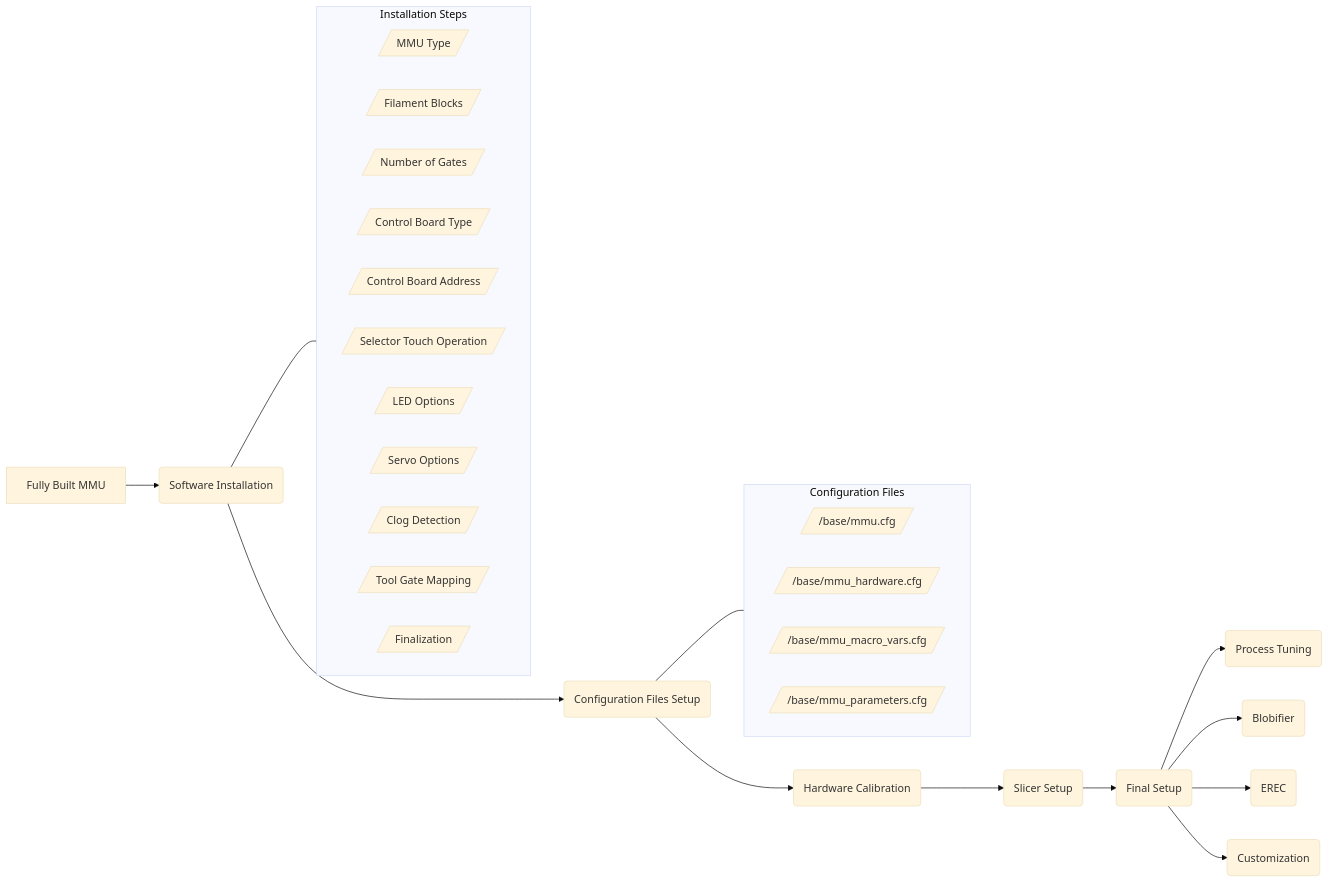
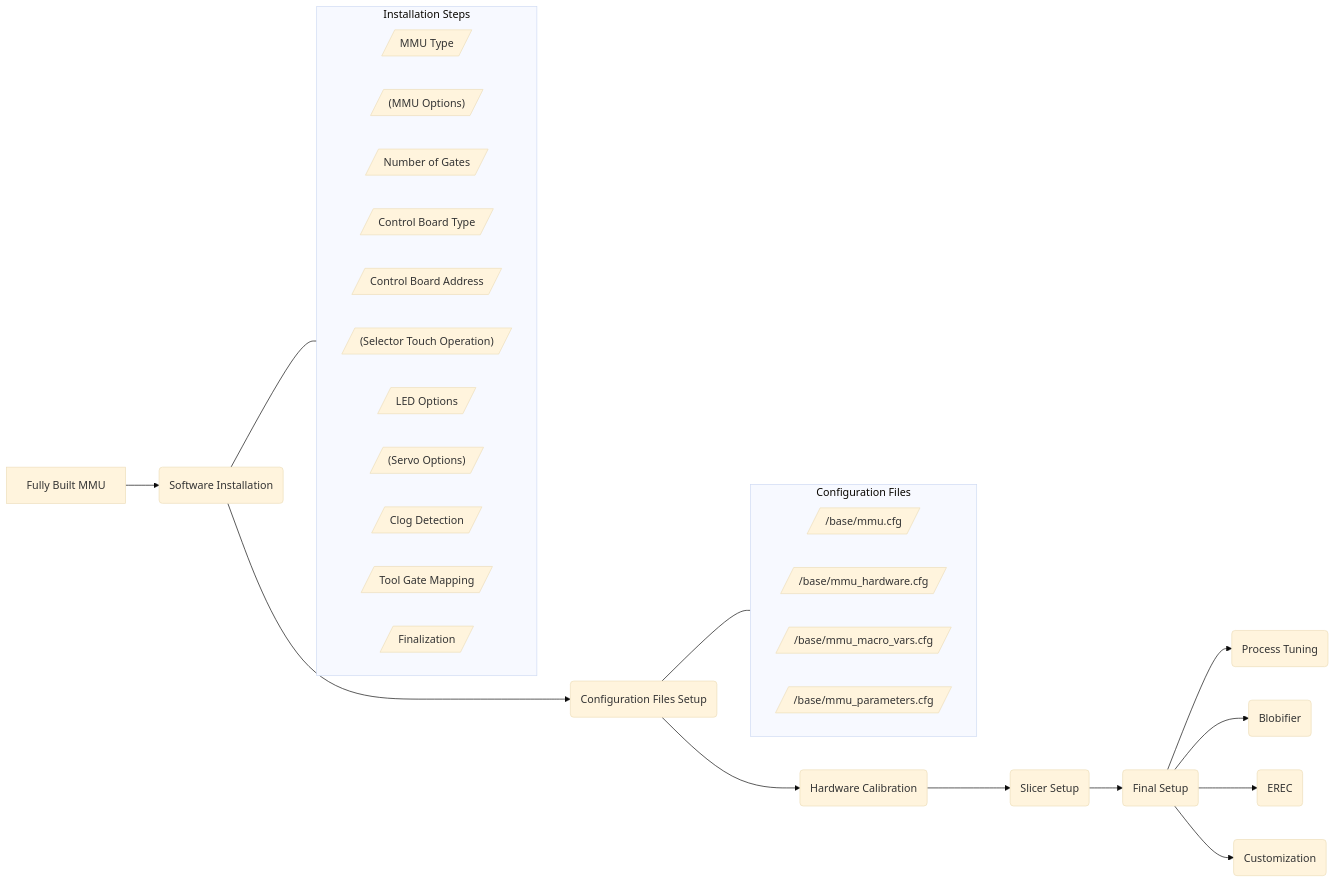
The diagram in Home.md (3DCoded/Happy-Hare), drawn with Mermaid (base theme) before and after one commit. The commit also changed other lines of this file and 1 other file, not shown here.

````diff
--- a/Home.md
+++ b/Home.md
@@ -58,32 +62,32 @@
 ```mermaid
 flowchart LR
  subgraph subB["Installation Steps"]
     direction RL
         B1[/"MMU Type"/]
-        B2[/"Filament Blocks"/]
+        B2[/"(MMU Options)"/]
         B3[/"Number of Gates"/]
         B4[/"Control Board Type"/]
         B5[/"Control Board Address"/]
-        B6[/"Selector Touch Operation"/]
+        B6[/"(Selector Touch Operation)"/]
         B7[/"LED Options"/]
-        B8[/"Servo Options"/]
+        B8[/"(Servo Options)"/]
         B9[/"Clog Detection"/]
         B10[/"Tool Gate Mapping"/]
         B11[/"Finalization"/]
   end
  subgraph subC["Configuration Files"]
     direction LR
         C1[/"/base/mmu.cfg"/]
         C2[/"/base/mmu_hardware.cfg"/]
         C3[/"/base/mmu_macro_vars.cfg"/]
         C4[/"/base/mmu_parameters.cfg"/]
   end
     A["Fully Built MMU"] --> B("Software Installation")
     B ---> C("Configuration Files Setup")
     C --> D("Hardware Calibration")
     D --> E("Slicer Setup")
     E --> F("Final Setup")
     F --> G("Process Tuning") & H("Blobifier") & I("EREC") & J("Customization")
     B --- subB
     C --- subC
 ```
````
